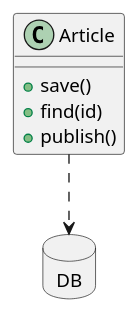
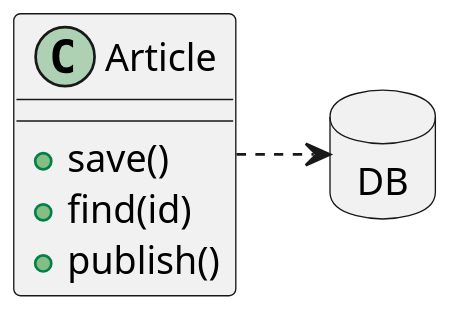
One commit to sergio-fry/slides changed the first of 2 diagrams in rich-domain-model/README.md. Above: the diagram before and after it, drawn with PlantUML. The commit also changed other lines of this file and 1 other file, not shown here.

Commit message:
scale uml

````diff
--- a/rich-domain-model/README.md
+++ b/rich-domain-model/README.md
@@ -224,14 +215,15 @@
 ```plantuml
 allow_mixing
+scale 2
 
 database "DB" as db
 
   class "Article" as article_ar {
     +save()
     +find(id)
     +publish()
   }
 
-  article_ar ..> db
+  article_ar .right.> db
 
 ```
````
